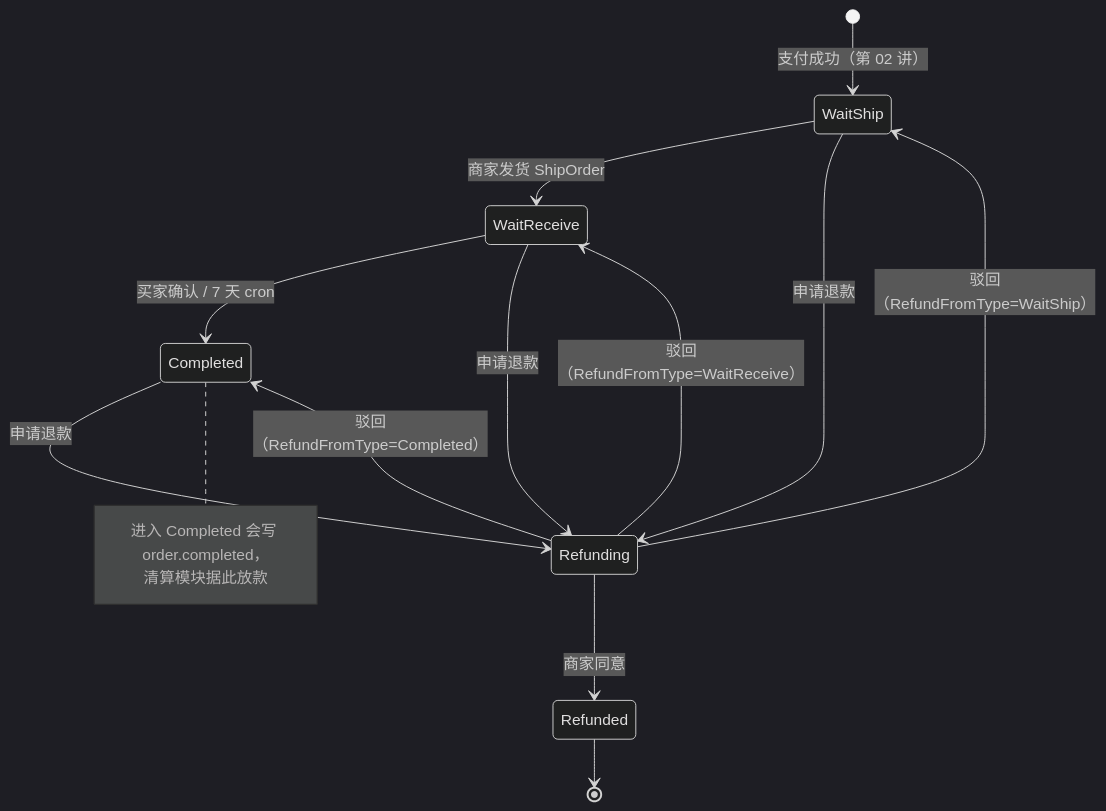
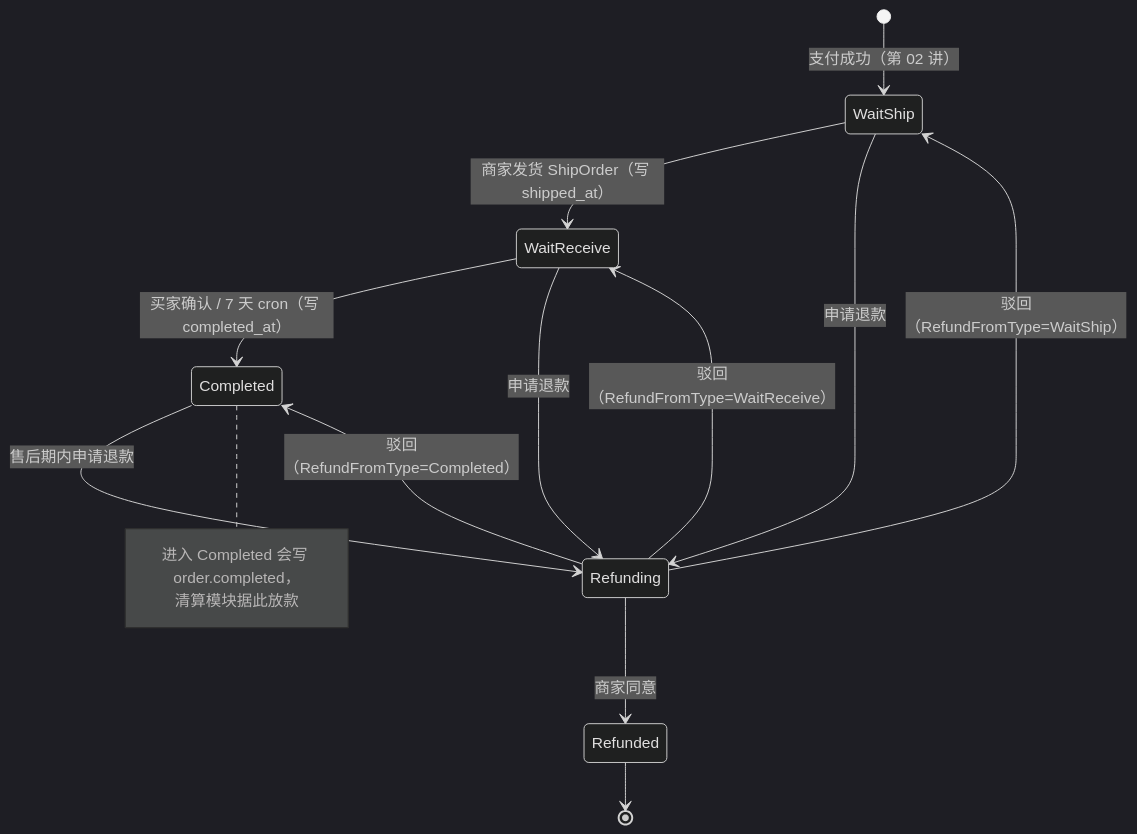
One commit to RedInn7/gomall changed the first of 4 diagrams in docs/lecture/19-fulfillment-aftersales.md. Above: the diagram before and after it, drawn with Mermaid (dark theme). The commit also changed other lines of this file and 1 other file, not shown here.

````diff
--- a/docs/lecture/19-fulfillment-aftersales.md
+++ b/docs/lecture/19-fulfillment-aftersales.md
@@ -37,18 +38,18 @@
 ```mermaid
 stateDiagram-v2
     [*] --> WaitShip: 支付成功（第 02 讲）
-    WaitShip --> WaitReceive: 商家发货 ShipOrder
-    WaitReceive --> Completed: 买家确认 / 7 天 cron
+    WaitShip --> WaitReceive: 商家发货 ShipOrder（写 shipped_at）
+    WaitReceive --> Completed: 买家确认 / 7 天 cron（写 completed_at）
     WaitShip --> Refunding: 申请退款
     WaitReceive --> Refunding: 申请退款
-    Completed --> Refunding: 申请退款
+    Completed --> Refunding: 售后期内申请退款
     Refunding --> Refunded: 商家同意
     Refunding --> WaitShip: 驳回（RefundFromType=WaitShip）
     Refunding --> WaitReceive: 驳回（RefundFromType=WaitReceive）
     Refunding --> Completed: 驳回（RefundFromType=Completed）
     Refunded --> [*]
     note right of Completed
         进入 Completed 会写 order.completed，
         清算模块据此放款
     end note
 ```
````
